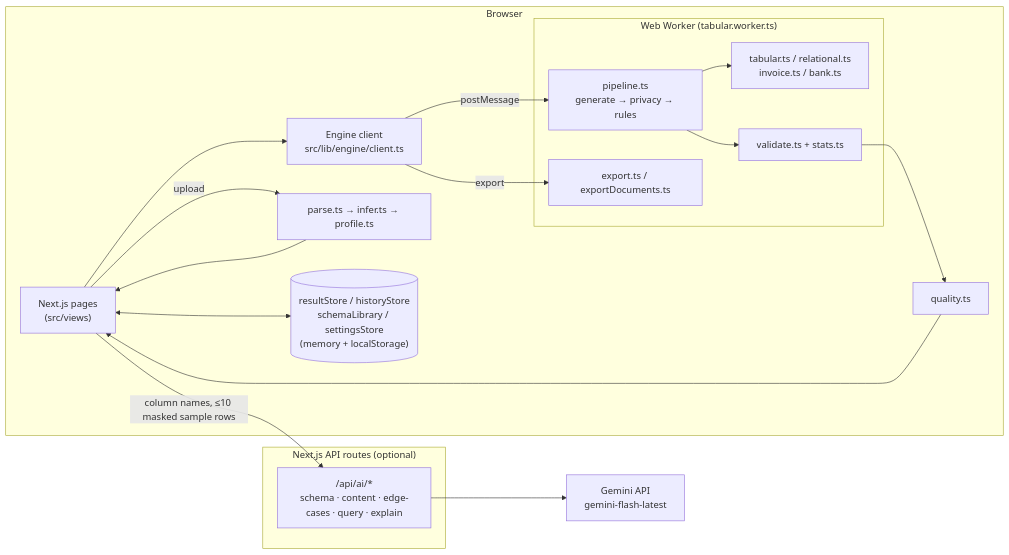
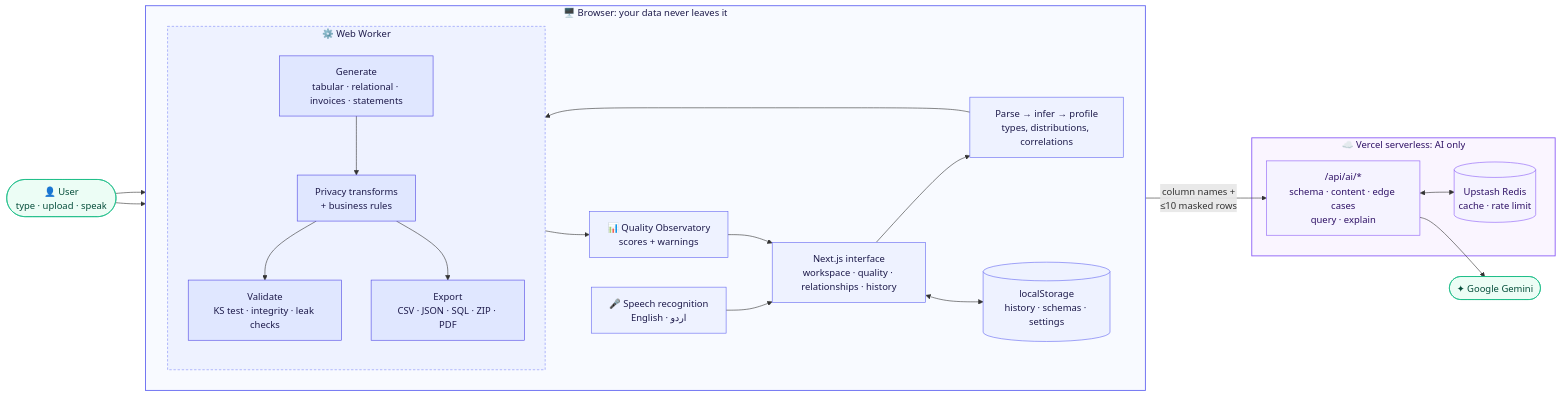
The first of 2 diagrams in README.md (Zohaibarif69/synthra), drawn with Mermaid before and after one commit. The commit also changed other lines of this file and 8 other files, not shown here.

Commit message:
Add English/Urdu voice input and rewrite README

````diff
--- a/README.md
+++ b/README.md
@@ -30,29 +88,50 @@
 ```mermaid
 flowchart LR
-  subgraph Browser
-    UI["Next.js pages<br/>(src/views)"]
-    Client["Engine client<br/>src/lib/engine/client.ts"]
-    subgraph Worker["Web Worker (tabular.worker.ts)"]
-      Pipeline["pipeline.ts<br/>generate → privacy → rules"]
-      Gen["tabular.ts / relational.ts<br/>invoice.ts / bank.ts"]
-      Val["validate.ts + stats.ts"]
-      Exp["export.ts / exportDocuments.ts"]
+  User(["👤 User<br/>type · upload · speak"])
+
+  subgraph Browser["🖥️ Browser: your data never leaves it"]
+    direction LR
+    Voice["🎤 Speech recognition<br/>English · اردو"]
+    UI["Next.js interface<br/>workspace · quality · relationships · history"]
+    Parse["Parse → infer → profile<br/>types, distributions, correlations"]
+    subgraph Worker["⚙️ Web Worker"]
+      direction TB
+      Generate["Generate<br/>tabular · relational · invoices · statements"]
+      Protect["Privacy transforms<br/>+ business rules"]
+      Validate["Validate<br/>KS test · integrity · leak checks"]
+      Export["Export<br/>CSV · JSON · SQL · ZIP · PDF"]
+      Generate --> Protect --> Validate
+      Protect --> Export
     end
-    Parse["parse.ts → infer.ts → profile.ts"]
-    Quality["quality.ts"]
-    Stores[("resultStore / historyStore<br/>schemaLibrary / settingsStore<br/>(memory + localStorage)")]
+    Quality["📊 Quality Observatory<br/>scores + warnings"]
+    Store[("localStorage<br/>history · schemas · settings")]
   end
-  subgraph Server["Next.js API routes (optional)"]
-    AI["/api/ai/*<br/>schema · content · edge-cases · query · explain"]
+
+  subgraph Cloud["☁️ Vercel serverless: AI only"]
+    API["/api/ai/*<br/>schema · content · edge cases<br/>query · explain"]
+    Redis[("Upstash Redis<br/>cache · rate limit")]
   end
-  Gemini["Gemini API<br/>gemini-flash-latest"]
 
-  UI -- upload --> Parse --> UI
-  UI --> Client -- postMessage --> Pipeline
-  Pipeline --> Gen
-  Pipeline --> Val
-  Client -- export --> Exp
-  Val --> Quality --> UI
-  UI <--> Stores
-  UI -- "column names, ≤10 masked sample rows" --> AI --> Gemini
+  Gemini(["✦ Google Gemini"])
+
+  User --> UI
+  User --> Voice --> UI
+  UI --> Parse --> Generate
+  Validate --> Quality --> UI
+  UI <--> Store
+  UI -- "column names +<br/>≤10 masked rows" --> API
+  API <--> Redis
+  API --> Gemini
+
+  classDef browser fill:#EEF2FF,stroke:#6366F1,color:#1E1B4B;
+  classDef worker fill:#E0E7FF,stroke:#4F46E5,color:#1E1B4B;
+  classDef cloud fill:#F5F3FF,stroke:#8B5CF6,color:#2E1065;
+  classDef ext fill:#ECFDF5,stroke:#10B981,color:#064E3B;
+  class Voice,UI,Parse,Quality,Store browser;
+  class Generate,Protect,Validate,Export worker;
+  class API,Redis cloud;
+  class Gemini,User ext;
+  style Browser fill:#F8FAFF,stroke:#6366F1,stroke-width:1.5px,color:#1E1B4B
+  style Worker fill:#EEF2FF,stroke:#818CF8,stroke-dasharray:4 3,color:#1E1B4B
+  style Cloud fill:#FAF5FF,stroke:#8B5CF6,stroke-width:1.5px,color:#2E1065
 ```
````
